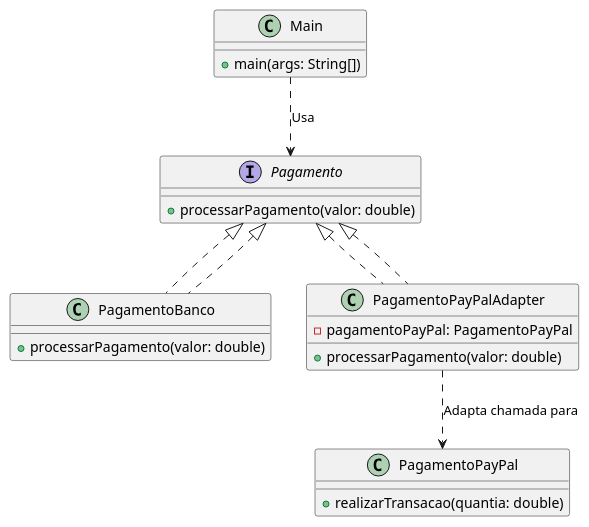
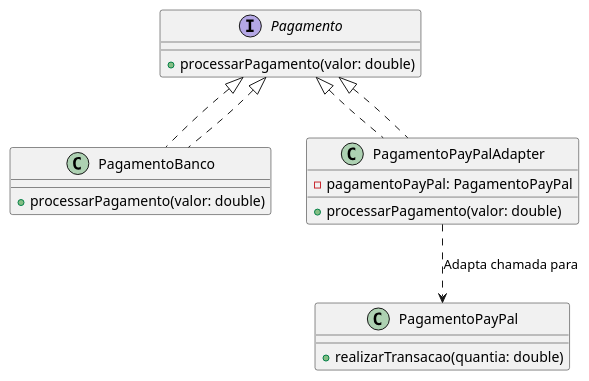
One commit to FilipeKevyn/Padroes-Estruturais changed the diagram in src/main/java/adapter/UML.puml. Above: the diagram before and after it, drawn with PlantUML.

Commit message:
uml file

```diff
--- a/src/main/java/adapter/UML.puml
+++ b/src/main/java/adapter/UML.puml
@@ -1,29 +1,25 @@
 @startuml
 
 interface Pagamento {
     + processarPagamento(valor: double)
 }
 
 class PagamentoBanco implements Pagamento {
     + processarPagamento(valor: double)
 }
 
 class PagamentoPayPal {
     + realizarTransacao(quantia: double)
 }
 
 class PagamentoPayPalAdapter implements Pagamento {
     - pagamentoPayPal: PagamentoPayPal
     + processarPagamento(valor: double)
 }
 
-class Main {
-    + main(args: String[])
-}
-
 Pagamento <|.. PagamentoBanco
 Pagamento <|.. PagamentoPayPalAdapter
 PagamentoPayPalAdapter ..> PagamentoPayPal : "Adapta chamada para"
-Main ..> Pagamento : "Usa"
+
 
 @enduml
```
